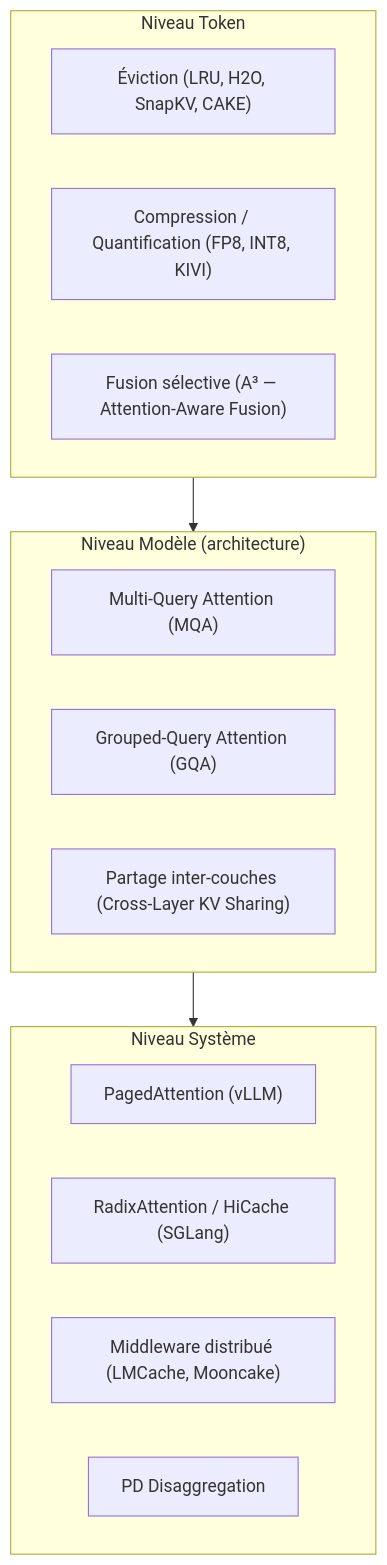
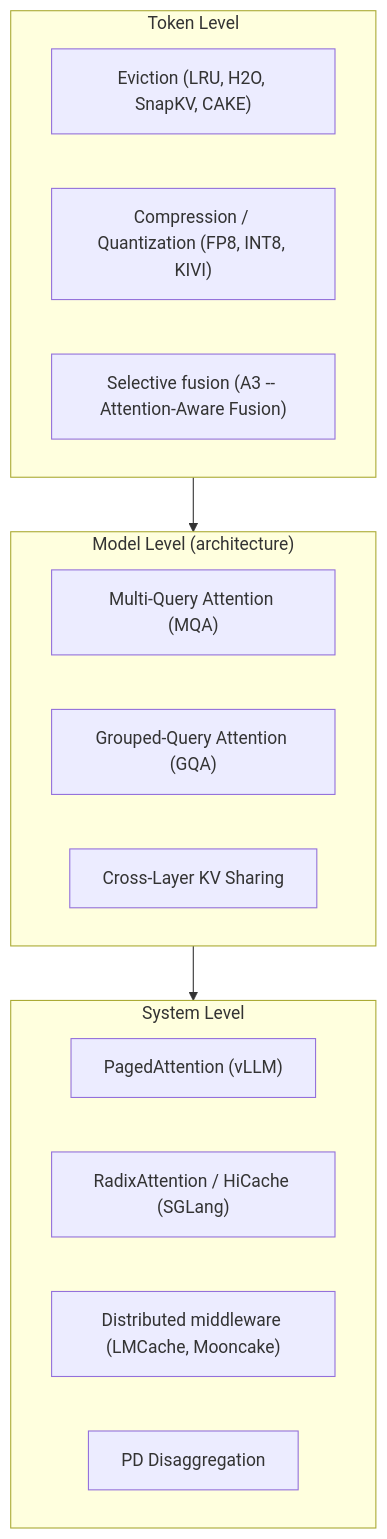
The third of 9 diagrams in docs/explain/bible-kv-cache.md (ADORSYS-GIS/Custom-Ai-Ops), drawn with Mermaid before and after one commit. The commit also changed other lines of this file and 25 other files, not shown here.

````diff
--- a/docs/explain/bible-kv-cache.md
+++ b/docs/explain/bible-kv-cache.md
@@ -153,20 +153,20 @@
 ```mermaid
 flowchart TB
-    subgraph N1["Niveau Token"]
-        T1["Éviction (LRU, H2O, SnapKV, CAKE)"]
-        T2["Compression / Quantification (FP8, INT8, KIVI)"]
-        T3["Fusion sélective (A³ — Attention-Aware Fusion)"]
+    subgraph N1["Token Level"]
+        T1["Eviction (LRU, H2O, SnapKV, CAKE)"]
+        T2["Compression / Quantization (FP8, INT8, KIVI)"]
+        T3["Selective fusion (A3 -- Attention-Aware Fusion)"]
     end
-    subgraph N2["Niveau Modèle (architecture)"]
+    subgraph N2["Model Level (architecture)"]
         M1["Multi-Query Attention (MQA)"]
         M2["Grouped-Query Attention (GQA)"]
-        M3["Partage inter-couches (Cross-Layer KV Sharing)"]
+        M3["Cross-Layer KV Sharing"]
     end
-    subgraph N3["Niveau Système"]
+    subgraph N3["System Level"]
         S1["PagedAttention (vLLM)"]
         S2["RadixAttention / HiCache (SGLang)"]
-        S3["Middleware distribué (LMCache, Mooncake)"]
+        S3["Distributed middleware (LMCache, Mooncake)"]
         S4["PD Disaggregation"]
     end
     N1 --> N2 --> N3
 ```
````
